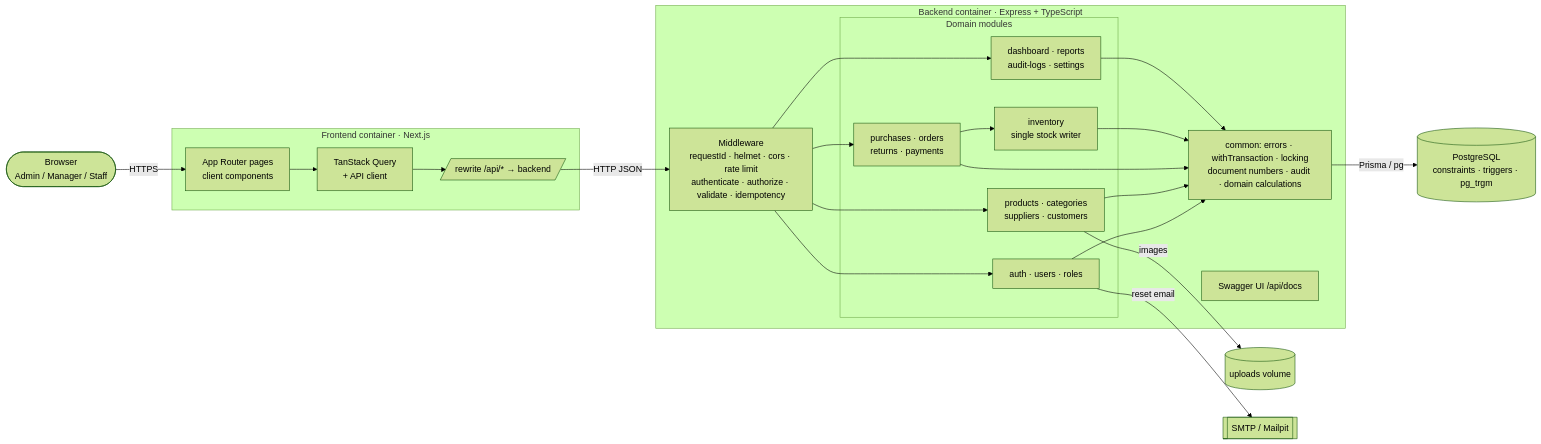
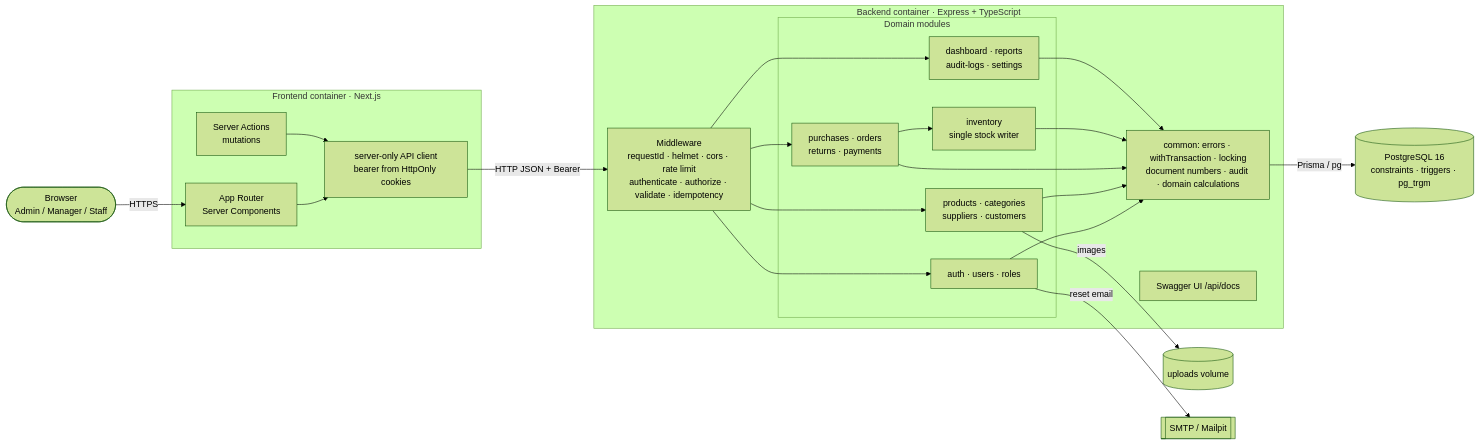
Before and after one commit to md-suhag/inventory-order-management: the diagram in docs/architecture/system-architecture.mmd, drawn with Mermaid (forest theme). The commit also changed 9 other files, not shown here.

```diff
--- a/docs/architecture/system-architecture.mmd
+++ b/docs/architecture/system-architecture.mmd
@@ -1,35 +1,37 @@
 %% System architecture — Mini Inventory & Order Management System
 flowchart LR
     user([Browser<br/>Admin / Manager / Staff])
 
     subgraph FE[Frontend container · Next.js]
-        pages[App Router pages<br/>client components]
-        rq[TanStack Query<br/>+ API client]
-        proxy[/rewrite /api/* → backend/]
+        pages[App Router<br/>Server Components]
+        actions[Server Actions<br/>mutations]
+        api[server-only API client<br/>bearer from HttpOnly cookies]
     end
 
     subgraph BE[Backend container · Express + TypeScript]
         mw[Middleware<br/>requestId · helmet · cors · rate limit<br/>authenticate · authorize · validate · idempotency]
         subgraph MOD[Domain modules]
             auth[auth · users · roles]
             catalog[products · categories<br/>suppliers · customers]
             ops[purchases · orders<br/>returns · payments]
             inv[inventory<br/>single stock writer]
             read[dashboard · reports<br/>audit-logs · settings]
         end
         common[common: errors · withTransaction · locking<br/>document numbers · audit · domain calculations]
         docs[Swagger UI /api/docs]
     end
 
-    db[(PostgreSQL<br/>constraints · triggers · pg_trgm)]
+    db[(PostgreSQL 16<br/>constraints · triggers · pg_trgm)]
     files[(uploads volume)]
     smtp[[SMTP / Mailpit]]
 
     user -- HTTPS --> pages
-    pages --> rq --> proxy -- HTTP JSON --> mw
+    pages --> api
+    actions --> api
+    api -- HTTP JSON + Bearer --> mw
     mw --> auth & catalog & ops & read
     ops --> inv
     auth & catalog & ops & inv & read --> common
     common -- Prisma / pg --> db
     catalog -- images --> files
     auth -- reset email --> smtp
```
